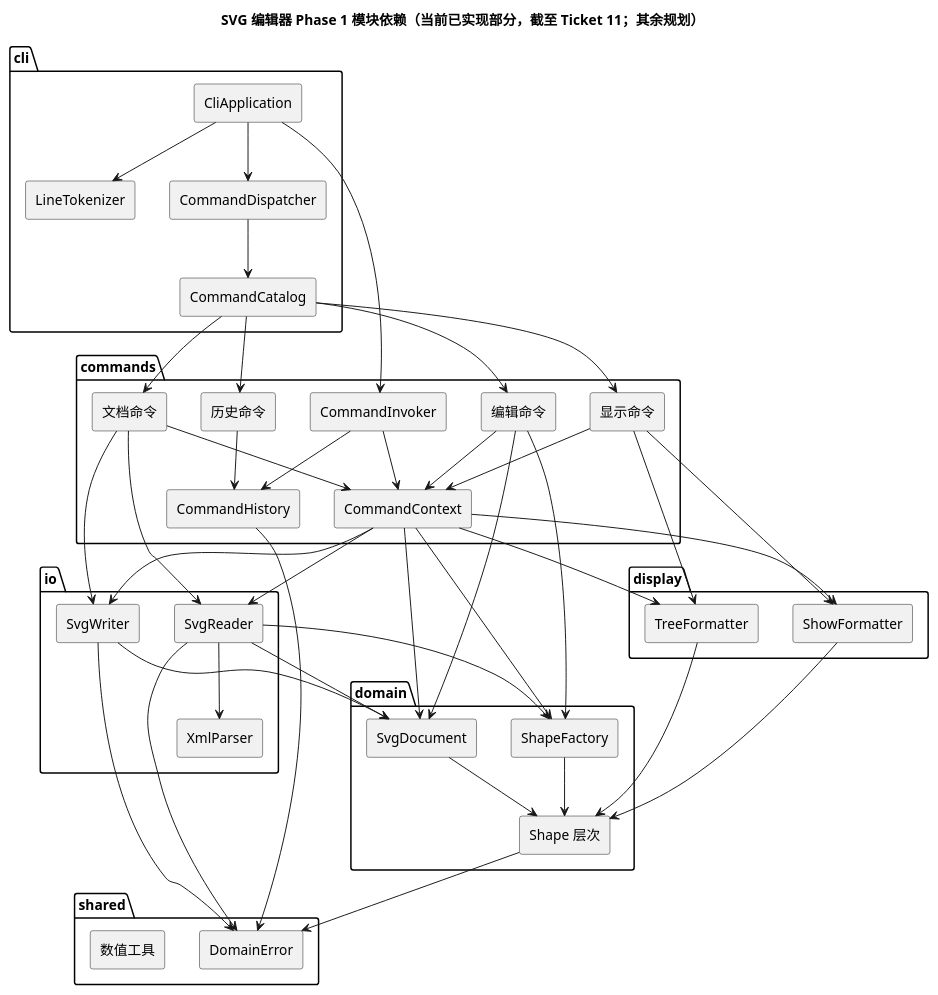
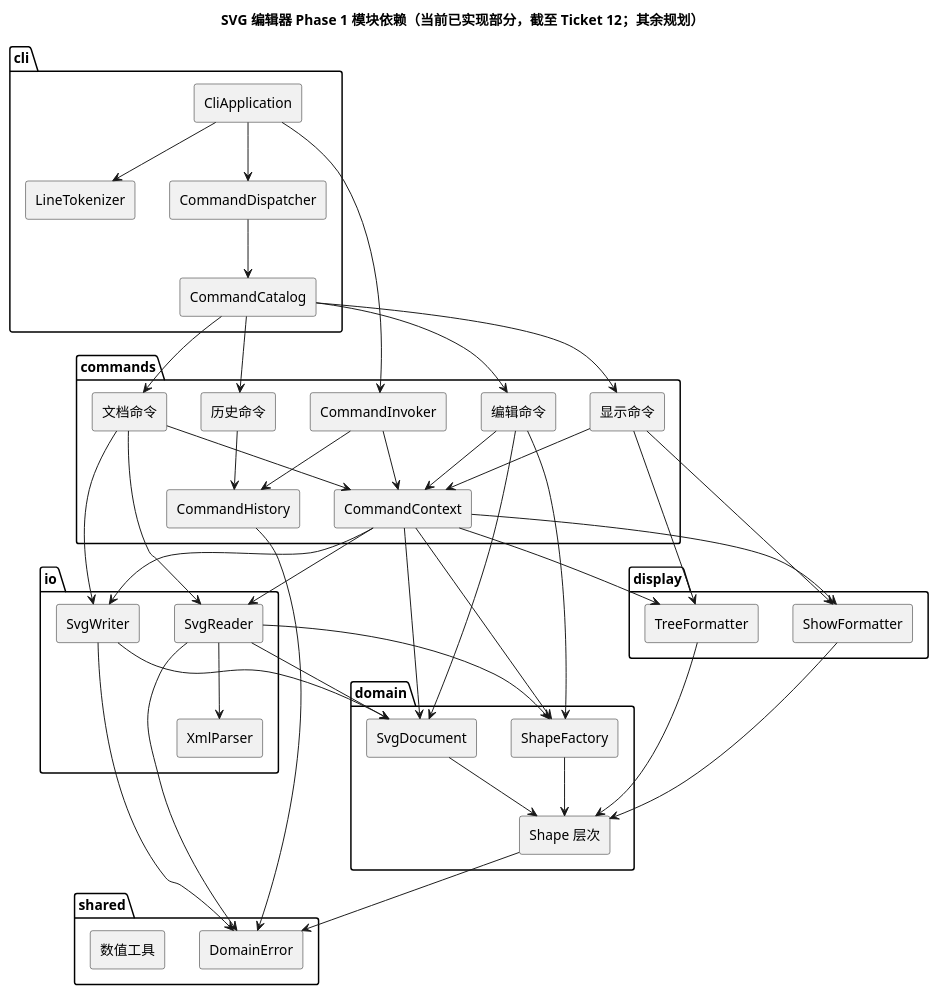
One commit to NQC233/svg-editor-lab1 changed the diagram in doc/architecture.puml. Above: the diagram before and after it, drawn with PlantUML. The commit also changed 5 other files, not shown here.

```diff
--- a/doc/architecture.puml
+++ b/doc/architecture.puml
@@ -1,82 +1,82 @@
 @startuml
 skinparam componentStyle rectangle
-title SVG 编辑器 Phase 1 模块依赖（当前已实现部分，截至 Ticket 11；其余规划）
+title SVG 编辑器 Phase 1 模块依赖（当前已实现部分，截至 Ticket 12；其余规划）
 
 package "cli" {
   [CliApplication]
   [CommandDispatcher]
   [CommandCatalog]
   [LineTokenizer]
 }
 
 package "commands" {
   [CommandInvoker]
   [CommandHistory]
   [CommandContext]
   [编辑命令]
   [文档命令]
   [显示命令]
   [历史命令]
 }
 
 package "domain" {
   [SvgDocument]
   [Shape 层次]
   [ShapeFactory]
 }
 
 package "io" {
   [SvgReader]
   [SvgWriter]
   [XmlParser]
 }
 
 package "display" {
   [TreeFormatter]
   [ShowFormatter]
 }
 
 package "shared" {
   [DomainError]
   [数值工具]
 }
 
 [CliApplication] --> [LineTokenizer]
 [CliApplication] --> [CommandDispatcher]
 [CliApplication] --> [CommandInvoker]
 [CommandDispatcher] --> [CommandCatalog]
 [CommandCatalog] --> [编辑命令]
 [CommandCatalog] --> [文档命令]
 [CommandCatalog] --> [显示命令]
 [CommandCatalog] --> [历史命令]
 [CommandInvoker] --> [CommandHistory]
 [CommandInvoker] --> [CommandContext]
 [编辑命令] --> [CommandContext]
 [文档命令] --> [CommandContext]
 [显示命令] --> [CommandContext]
 [历史命令] --> [CommandHistory]
 [CommandContext] --> [SvgDocument]
 [CommandContext] --> [SvgReader]
 [CommandContext] --> [SvgWriter]
 [CommandContext] --> [TreeFormatter]
 [CommandContext] --> [ShowFormatter]
 [CommandContext] --> [ShapeFactory]
 [编辑命令] --> [SvgDocument]
 [编辑命令] --> [ShapeFactory]
 [文档命令] --> [SvgReader]
 [文档命令] --> [SvgWriter]
 [显示命令] --> [TreeFormatter]
 [显示命令] --> [ShowFormatter]
 [SvgReader] --> [XmlParser]
 [SvgReader] --> [SvgDocument]
 [SvgReader] --> [ShapeFactory]
 [SvgWriter] --> [SvgDocument]
 [TreeFormatter] --> [Shape 层次]
 [ShowFormatter] --> [Shape 层次]
 [ShapeFactory] --> [Shape 层次]
 [SvgDocument] --> [Shape 层次]
 [Shape 层次] --> [DomainError]
 [SvgReader] --> [DomainError]
 [SvgWriter] --> [DomainError]
 [CommandHistory] --> [DomainError]
 @enduml
```
